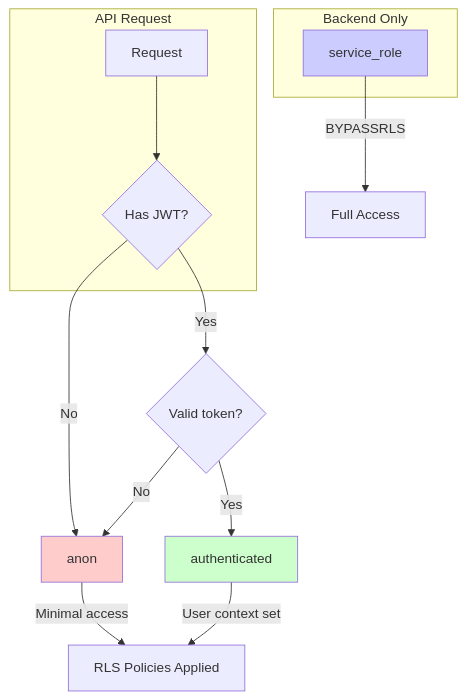
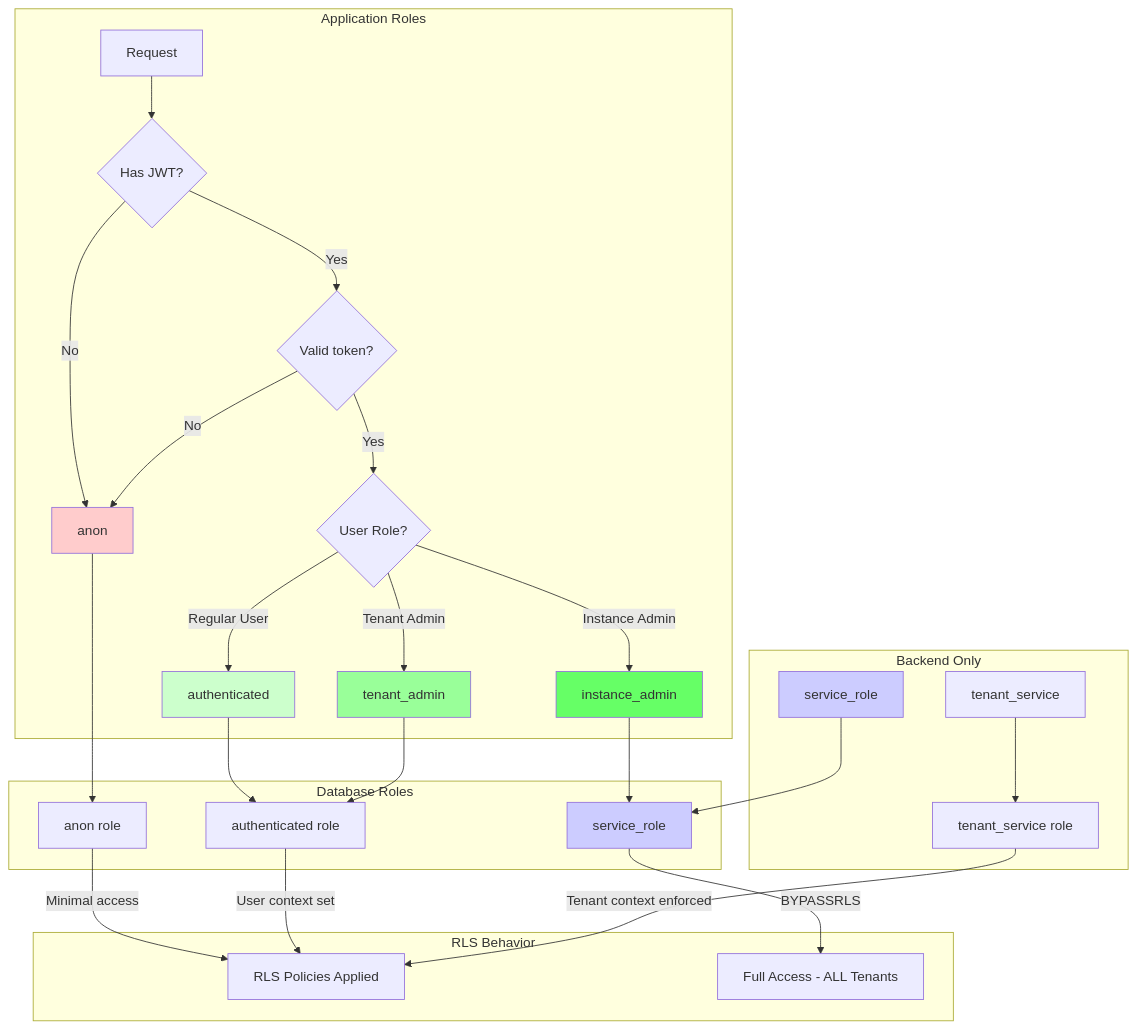
One commit to nimbleflux/fluxbase changed the diagram in docs/src/content/docs/guides/row-level-security.md. Above: the diagram before and after it, drawn with Mermaid. The commit also changed other lines of this file and 1109 other files, not shown here.

Commit message:
Refactor API routes, use declarative schemas, add multi-tenancy, many added tests improvements, update docs (#183)

````diff
--- a/docs/src/content/docs/guides/row-level-security.md
+++ b/docs/src/content/docs/guides/row-level-security.md
@@ -53,23 +53,39 @@
 ```mermaid
 graph TD
-    subgraph "API Request"
+    subgraph "Application Roles"
         A[Request] --> B{Has JWT?}
+        B -->|No| C[anon]
+        B -->|Yes| D{Valid token?}
+        D -->|No| C
+        D -->|Yes| E{User Role?}
+        E -->|Regular User| F[authenticated]
+        E -->|Tenant Admin| G[tenant_admin]
+        E -->|Instance Admin| H[instance_admin]
     end
 
-    B -->|No| C[anon]
-    B -->|Yes| D{Valid token?}
-    D -->|No| C
-    D -->|Yes| E[authenticated]
+    subgraph "Database Roles"
+        C --> I[anon role]
+        F --> J[authenticated role]
+        G --> J
+        H --> K[service_role]
+    end
 
     subgraph "Backend Only"
-        F[service_role]
+        L[service_role] --> K
+        M[tenant_service] --> N[tenant_service role]
     end
 
-    C -->|"Minimal access"| G[RLS Policies Applied]
-    E -->|"User context set"| G
-    F -->|"BYPASSRLS"| H[Full Access]
+    subgraph "RLS Behavior"
+        I -->|"Minimal access"| O[RLS Policies Applied]
+        J -->|"User context set"| O
+        N -->|"Tenant context enforced"| O
+        K -->|"BYPASSRLS"| P[Full Access - ALL Tenants]
+    end
 
     style C fill:#ffcccc
-    style E fill:#ccffcc
-    style F fill:#ccccff
+    style F fill:#ccffcc
+    style G fill:#99ff99
+    style H fill:#66ff66
+    style K fill:#ccccff
+    style L fill:#ccccff
 ```
````
